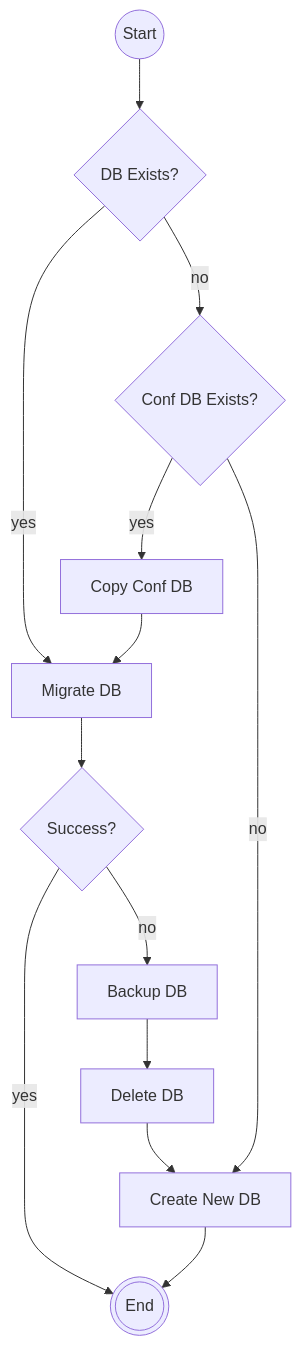
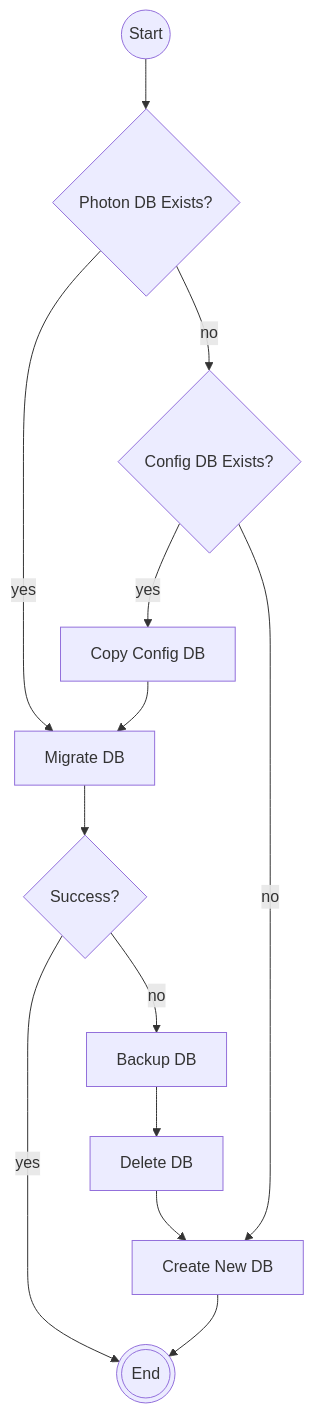
The diagram in photon-core/src/main/java/org/photonvision/common/configuration/migrations/migrations.md (PhotonVision/photonvision), drawn with Mermaid before and after one commit. The commit also changed other lines of this file and 1 other file, not shown here.

````diff
--- a/photon-core/src/main/java/org/photonvision/common/configuration/migrations/migrations.md
+++ b/photon-core/src/main/java/org/photonvision/common/configuration/migrations/migrations.md
@@ -5,30 +20,26 @@
 ``` mermaid
----
-config:
-    layout:dagre
----
 flowchart TB
     start((Start))
-    q1{"DB Exists?"}
-    q2{"Conf DB Exists?"}
-    copy["Copy Conf DB"]
+    q1{"Photon DB Exists?"}
+    q2{"Config DB Exists?"}
+    copy["Copy Config DB"]
     migrate["Migrate DB"]
     success{"Success?"}
     backup["Backup DB"]
     delete["Delete DB"]
     new["Create New DB"]
     stop(((End)))
 
     start-->q1
     q1-- yes -->migrate
     q1--no -->q2
     q2-- yes --> copy
     copy-->migrate
     migrate-->success
     success--yes-->stop
     success--no -->backup
     backup-->delete
     delete-->new
     q2--no -->new
     new-->stop
 ```
````
